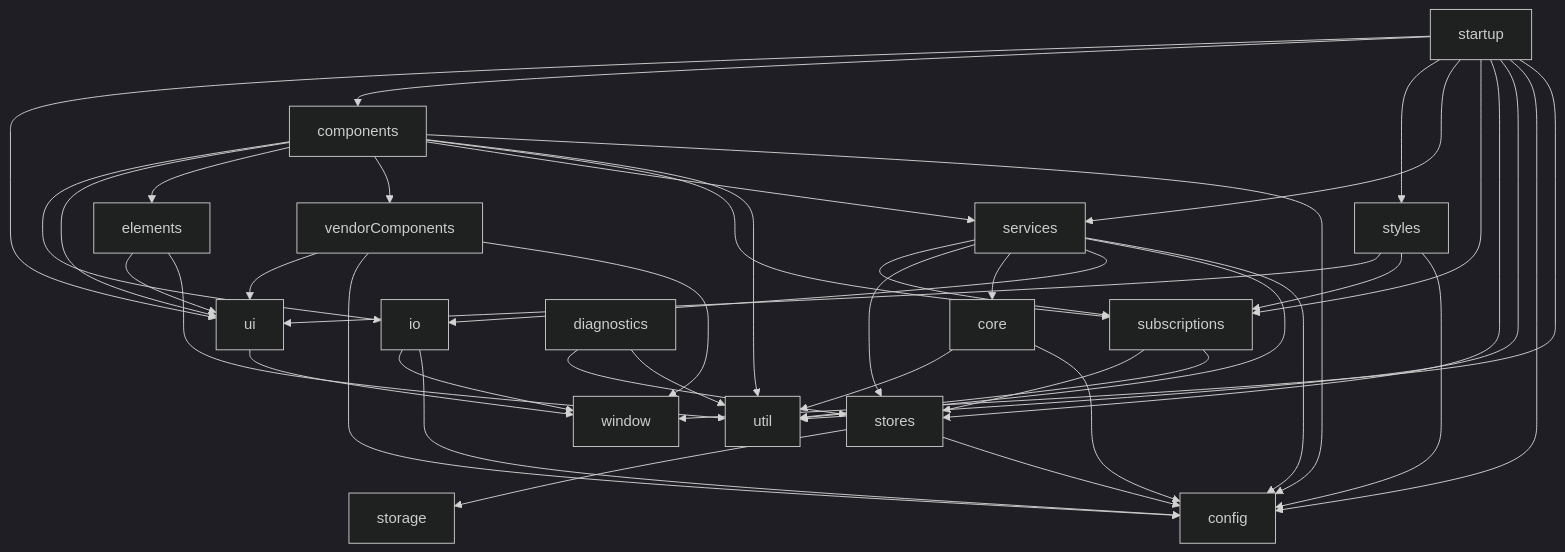
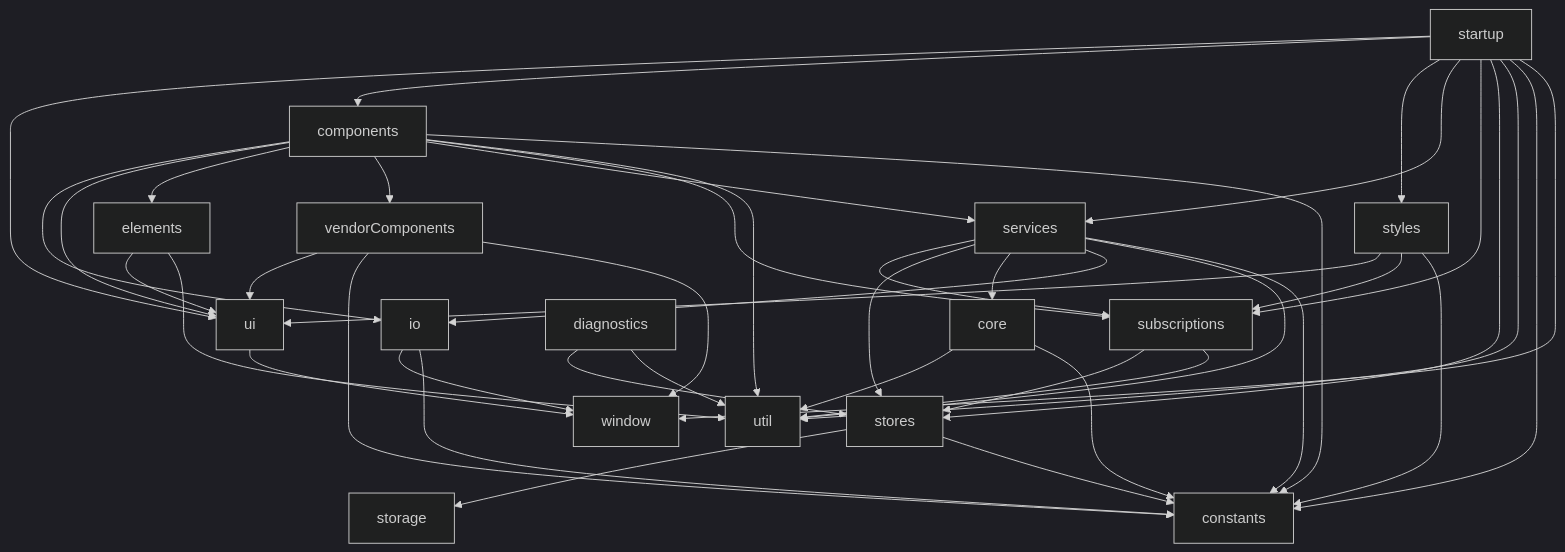
One commit to mattriley/node-module-composer changed the fifth of 5 diagrams in README.md. Above: the diagram before and after it, drawn with Mermaid (dark theme). The commit also changed other lines of this file and 2 other files, not shown here.

````diff
--- a/README.md
+++ b/README.md
@@ -524,45 +524,45 @@
 ```mermaid
 graph TD;
     components-->io;
     components-->ui;
     components-->elements;
     components-->vendorComponents;
     components-->services;
     components-->subscriptions;
     components-->util;
-    components-->config;
+    components-->constants;
     core-->util;
-    core-->config;
+    core-->constants;
     diagnostics-->stores;
     diagnostics-->util;
     elements-->ui;
     elements-->util;
     io-->window;
-    io-->config;
+    io-->constants;
     services-->subscriptions;
     services-->stores;
     services-->core;
     services-->io;
     services-->util;
-    services-->config;
+    services-->constants;
     startup-->ui;
     startup-->components;
     startup-->styles;
     startup-->services;
     startup-->subscriptions;
     startup-->stores;
     startup-->util;
-    startup-->config;
+    startup-->constants;
     startup-->window;
     stores-->storage;
-    stores-->config;
+    stores-->constants;
     styles-->ui;
     styles-->subscriptions;
-    styles-->config;
+    styles-->constants;
     subscriptions-->stores;
     subscriptions-->util;
     ui-->window;
     vendorComponents-->ui;
-    vendorComponents-->config;
+    vendorComponents-->constants;
     vendorComponents-->window;
 ```
````
